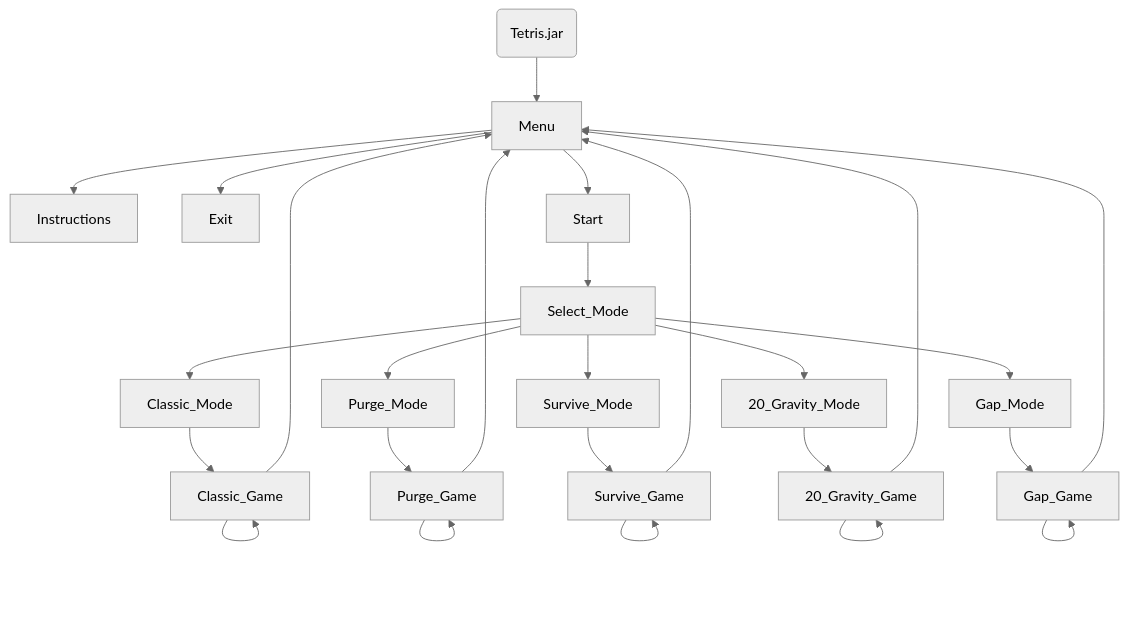
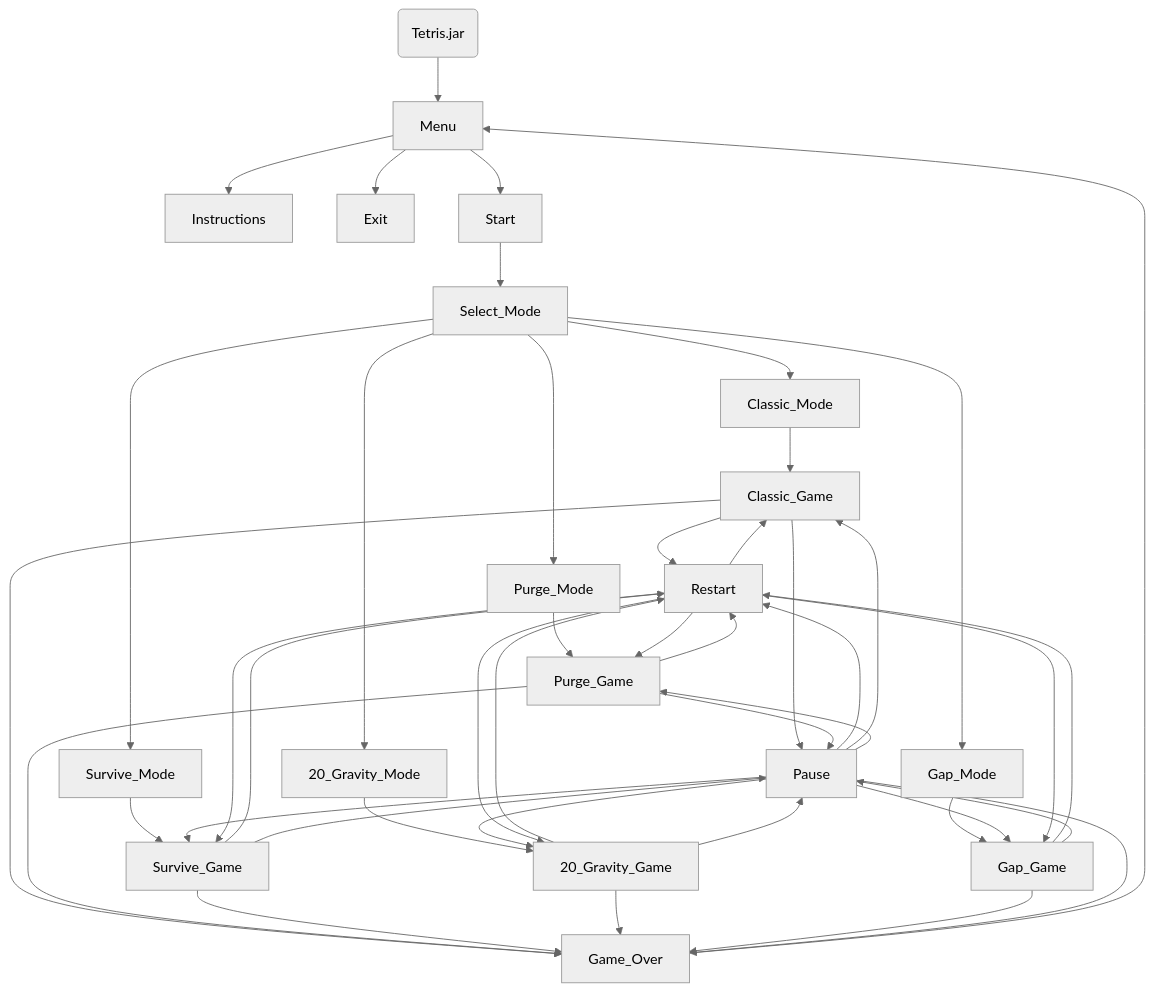
The second of 3 diagrams in README.md (sheng-luen-chung/JAVA_11302_Project), drawn with Mermaid (neutral theme) before and after one commit.

````diff
--- a/README.md
+++ b/README.md
@@ -534,34 +534,55 @@
 ```mermaid
     flowchart TD
     Execute(Tetris.jar)
     Execute --> Menu
     Menu --> Instructions
     Menu --> Exit
 
     Menu --> Start
 
     Start --> Select_Mode
 
     Select_Mode --> Classic_Mode
     Select_Mode --> Purge_Mode
     Select_Mode --> Survive_Mode
     Select_Mode --> 20_Gravity_Mode
     Select_Mode --> Gap_Mode
 
     Classic_Mode --> Classic_Game
     Purge_Mode --> Purge_Game
     Survive_Mode --> Survive_Game
     20_Gravity_Mode --> 20_Gravity_Game
     Gap_Mode --> Gap_Game
 
-    Classic_Game --> Menu
-    Purge_Game --> Menu
-    Survive_Game --> Menu
-    20_Gravity_Game --> Menu
-    Gap_Game --> Menu
-    Classic_Game --> Classic_Game 
-    Purge_Game --> Purge_Game
-    Survive_Game --> Survive_Game
-    20_Gravity_Game --> 20_Gravity_Game
-    Gap_Game --> Gap_Game
+    Classic_Game --> Game_Over
+    Purge_Game --> Game_Over
+    Survive_Game --> Game_Over
+    20_Gravity_Game --> Game_Over
+    Gap_Game --> Game_Over
+    Classic_Game --> Restart
+    Purge_Game --> Restart
+    Survive_Game --> Restart
+    20_Gravity_Game --> Restart
+    Gap_Game --> Restart
+    Classic_Game --> Pause
+    Purge_Game --> Pause
+    Survive_Game --> Pause
+    20_Gravity_Game --> Pause
+    Gap_Game --> Pause
+
+    Pause --> Game_Over
+    Pause --> Restart
+    Pause --> Classic_Game 
+    Pause --> Purge_Game
+    Pause --> Survive_Game
+    Pause --> 20_Gravity_Game
+    Pause --> Gap_Game 
+
+    Game_Over --> Menu
+
+    Restart --> Classic_Game 
+    Restart --> Purge_Game
+    Restart --> Survive_Game
+    Restart --> 20_Gravity_Game
+    Restart --> Gap_Game
 ```
````
